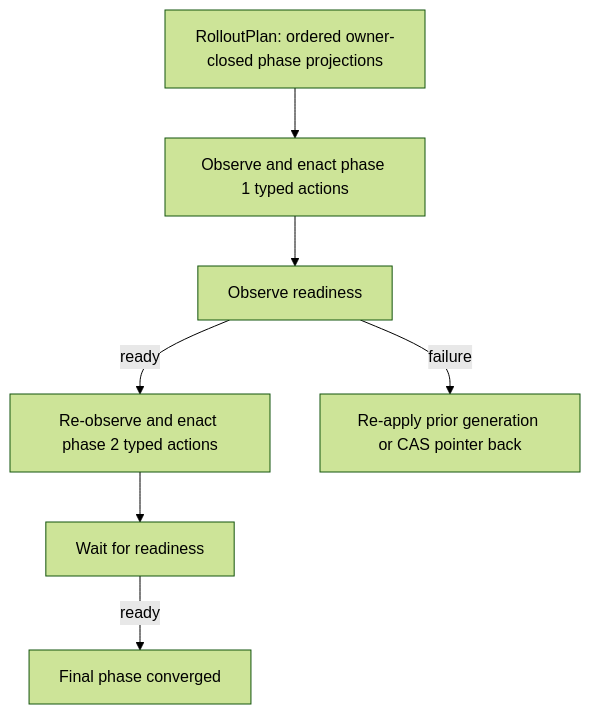
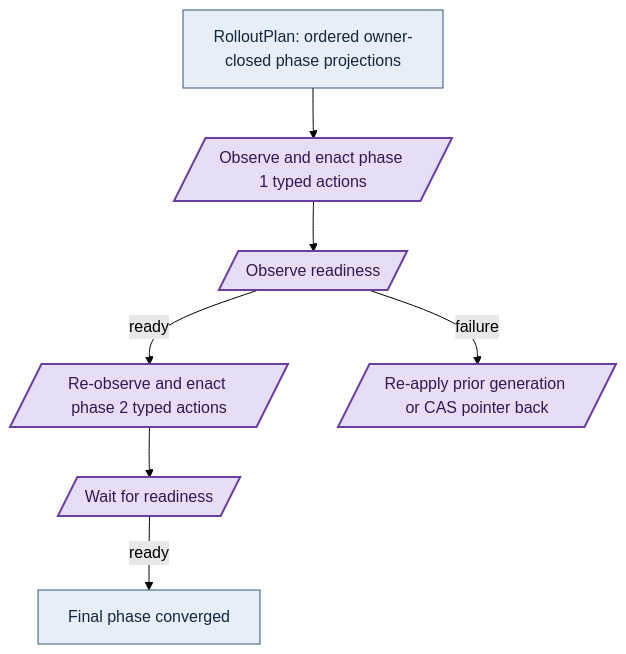
Before and after one commit to Tuee22/amoebius: the third of 4 diagrams in documents/engineering/manifest_generation_doctrine.md, drawn with Mermaid (forest theme). The commit also changed other lines of this file and 36 other files, not shown here.

````diff
--- a/documents/engineering/manifest_generation_doctrine.md
+++ b/documents/engineering/manifest_generation_doctrine.md
@@ -553,9 +567,11 @@
 ```mermaid
 flowchart TD
-  plan[RolloutPlan: ordered owner-closed phase projections] --> p1[Observe and enact phase 1 typed actions]
-  p1 --> g1[Observe readiness]
-  g1 -->|ready| p2[Re-observe and enact phase 2 typed actions]
-  p2 --> g2[Wait for readiness]
-  g2 -->|ready| pn[Final phase converged]
-  g1 -->|failure| rb[Re-apply prior generation or CAS pointer back]
+  plan[RolloutPlan: ordered owner-closed phase projections]:::intent --> p1[/"Observe and enact phase 1 typed actions"/]:::effect
+  p1 --> g1[/"Observe readiness"/]:::effect
+  g1 -->|ready| p2[/"Re-observe and enact phase 2 typed actions"/]:::effect
+  p2 --> g2[/"Wait for readiness"/]:::effect
+  g2 -->|ready| pn[Final phase converged]:::intent
+  g1 -->|failure| rb[/"Re-apply prior generation or CAS pointer back"/]:::effect
+  classDef intent   fill:#e8eef7,stroke:#33587a,color:#12283f,stroke-width:1px
+  classDef effect   fill:#e7ddf5,stroke:#6b3fa0,color:#2f1a52,stroke-width:2px
 ```
````
